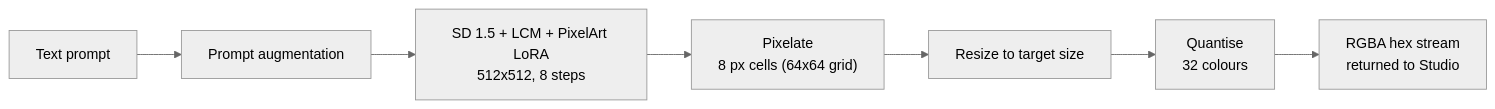
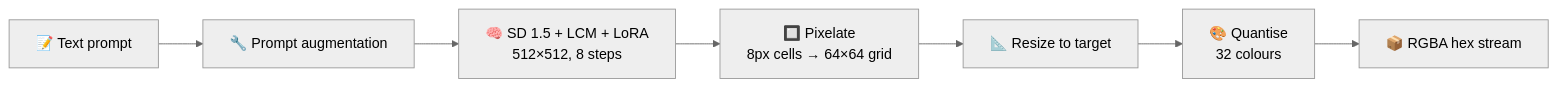
The diagram in README.md (Azjob21/spritestack-pixelgen), drawn with Mermaid (neutral theme) before and after one commit. The commit also changed other lines of this file and 6 other files, not shown here.

````diff
--- a/README.md
+++ b/README.md
@@ -30,9 +66,9 @@
 ```mermaid
 flowchart LR
-  P[Text prompt] --> A[Prompt augmentation]
-  A --> D["SD 1.5 + LCM + PixelArt LoRA<br/>512x512, 8 steps"]
-  D --> X["Pixelate<br/>8 px cells (64x64 grid)"]
-  X --> R[Resize to target size]
-  R --> Q["Quantise<br/>32 colours"]
-  Q --> H["RGBA hex stream<br/>returned to Studio"]
+  P["📝 Text prompt"] --> A["🔧 Prompt augmentation"]
+  A --> D["🧠 SD 1.5 + LCM + LoRA<br/>512×512, 8 steps"]
+  D --> X["🔲 Pixelate<br/>8px cells → 64×64 grid"]
+  X --> R["📐 Resize to target"]
+  R --> Q["🎨 Quantise<br/>32 colours"]
+  Q --> H["📦 RGBA hex stream"]
 ```
````
